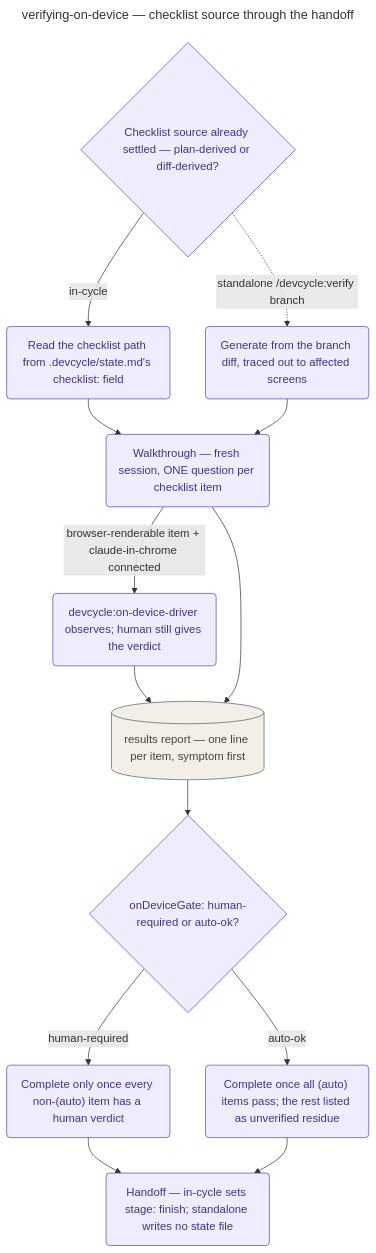
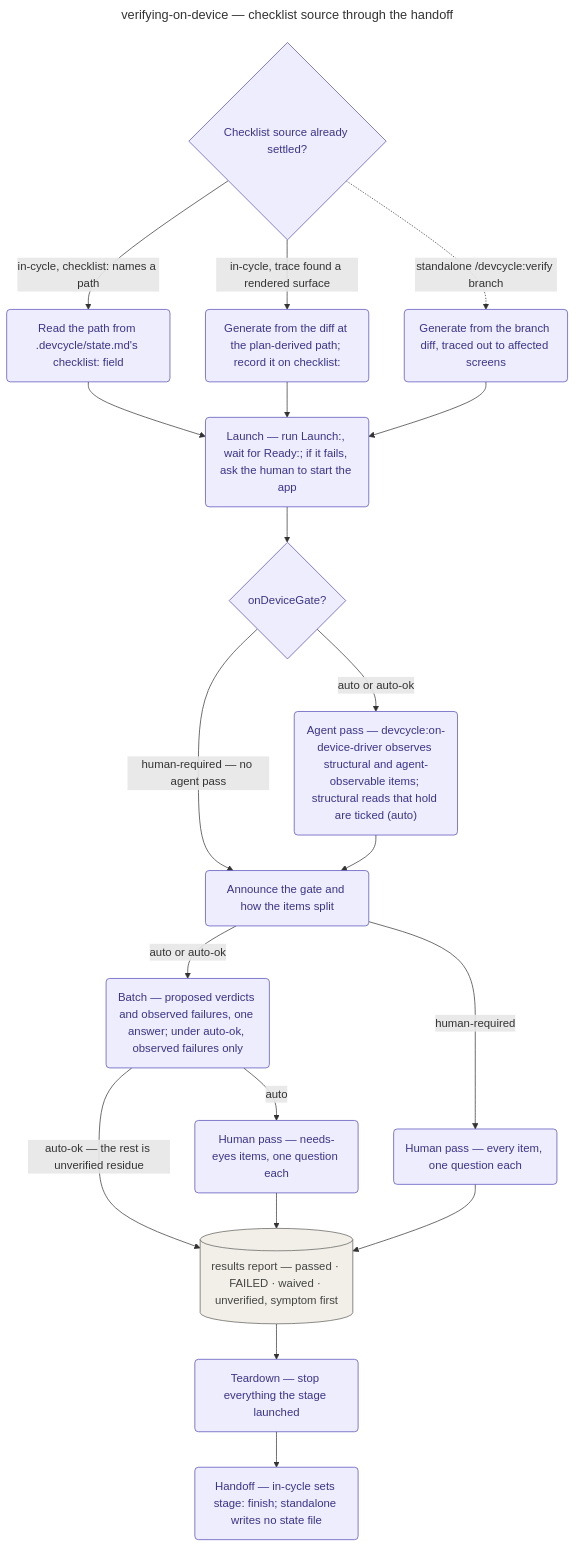
The diagram in docs/playbooks/verifying-on-device/README.md (KonstantinRoehrl/devcycle), drawn with Mermaid before and after one commit. The commit also changed other lines of this file and 101 other files, not shown here.

Commit message:
feat(verify): run the driver first and skip on-device when nothing renders (#371)

````diff
--- a/docs/playbooks/verifying-on-device/README.md
+++ b/docs/playbooks/verifying-on-device/README.md
@@ -42,27 +53,33 @@
 ```mermaid
 ---
 title: verifying-on-device — checklist source through the handoff
-accDescr: Playbook-internal flowchart of on-device verification, from the in-cycle vs standalone checklist-source split, through the one-question-per-item walkthrough with an optional browser-driver dispatch, the results report, the human-required vs auto-ok gate, to the handoff.
+accDescr: Playbook-internal flowchart of on-device verification, from the checklist-source split (the state file's path, a diff-derived checklist at the plan path when branch review's trace found a rendered surface, or standalone), through launching the app, the gate-dependent agent pass, the one-line gate announcement, the batch of proposed verdicts and the one-question-per-item human pass, the results report and teardown, to the handoff.
 ---
 flowchart TD
-    START{"Checklist source already settled — plan-derived or diff-derived?"}:::stage
-    START -->|"in-cycle"| PLANSRC("Read the checklist path from .devcycle/state.md's checklist: field"):::stage
+    START{"Checklist source already settled?"}:::stage
+    START -->|"in-cycle, checklist: names a path"| PLANSRC("Read the path from .devcycle/state.md's checklist: field"):::stage
+    START -->|"in-cycle, trace found a rendered surface"| TRACESRC("Generate from the diff at the plan-derived path; record it on checklist:"):::stage
     START -.->|"standalone /devcycle:verify branch"| DIFFSRC("Generate from the branch diff, traced out to affected screens"):::stage
-    PLANSRC --> WALK
-    DIFFSRC --> WALK
-    WALK("Walkthrough — fresh session, ONE question per checklist item"):::stage
-    WALK -->|"browser-renderable item + claude-in-chrome connected"| DRIVER("devcycle:on-device-driver observes; human still gives the verdict"):::stage
-    DRIVER --> RESULTS
-    WALK --> RESULTS
-    RESULTS[("results report — one line per item, symptom first")]:::structural
-    RESULTS --> GATE{"onDeviceGate: human-required or auto-ok?"}:::stage
-    GATE -->|"human-required"| HR("Complete only once every non-(auto) item has a human verdict"):::stage
-    GATE -->|"auto-ok"| AO("Complete once all (auto) items pass; the rest listed as unverified residue"):::stage
-    HR --> HANDOFF
-    AO --> HANDOFF
-    HANDOFF("Handoff — in-cycle sets stage: finish; standalone writes no state file"):::stage
+    PLANSRC --> LAUNCH
+    TRACESRC --> LAUNCH
+    DIFFSRC --> LAUNCH
+    LAUNCH("Launch — run Launch:, wait for Ready:; if it fails, ask the human to start the app"):::stage
+    LAUNCH --> GATE{"onDeviceGate?"}:::stage
+    GATE -->|"auto or auto-ok"| AGENT("Agent pass — devcycle:on-device-driver observes structural and agent-observable items; structural reads that hold are ticked (auto)"):::stage
+    GATE -->|"human-required — no agent pass"| ANNOUNCE
+    AGENT --> ANNOUNCE
+    ANNOUNCE("Announce the gate and how the items split"):::stage
+    ANNOUNCE -->|"auto or auto-ok"| BATCH("Batch — proposed verdicts and observed failures, one answer; under auto-ok, observed failures only"):::stage
+    ANNOUNCE -->|"human-required"| EVERY("Human pass — every item, one question each"):::stage
+    BATCH -->|"auto"| EYES("Human pass — needs-eyes items, one question each"):::stage
+    BATCH -->|"auto-ok — the rest is unverified residue"| RESULTS
+    EYES --> RESULTS
+    EVERY --> RESULTS
+    RESULTS[("results report — passed · FAILED · waived · unverified, symptom first")]:::structural
+    RESULTS --> TEARDOWN("Teardown — stop everything the stage launched"):::stage
+    TEARDOWN --> HANDOFF("Handoff — in-cycle sets stage: finish; standalone writes no state file"):::stage
 
     classDef stage fill:#EEEDFE,stroke:#534AB7,color:#3C3489;
     classDef tool fill:#E1F5EE,stroke:#0F6E56,color:#085041,stroke-dasharray:5 5;
     classDef structural fill:#F1EFE8,stroke:#5F5E5A,color:#444441;
 ```
````
